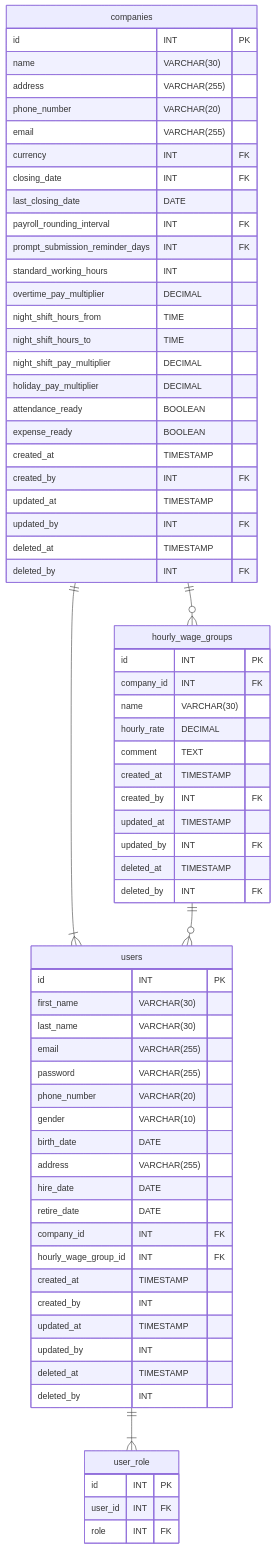
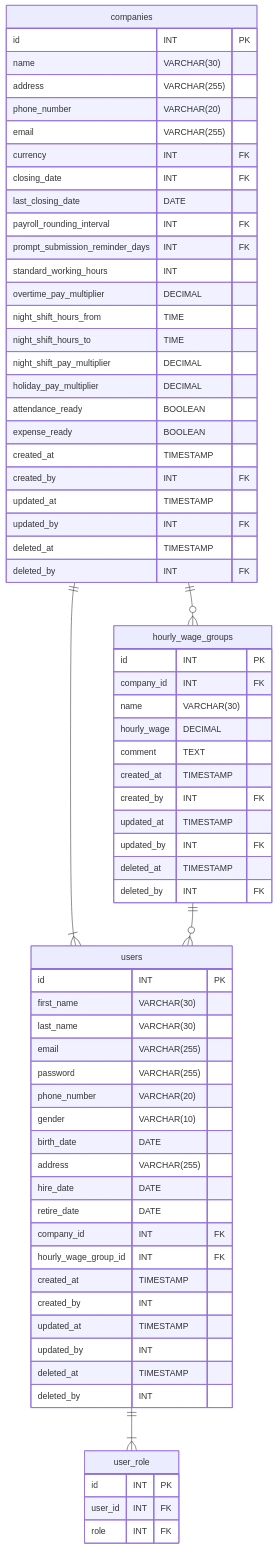
The third of 5 diagrams in Documents/Database Design/Entity-RelationshipDiagrams.md (reo00ngee/attendance), drawn with Mermaid before and after one commit. The commit also changed other lines of this file and 1 other file, not shown here.

Commit message:
rate->wage

````diff
--- a/Documents/Database Design/Entity-RelationshipDiagrams.md
+++ b/Documents/Database Design/Entity-RelationshipDiagrams.md
@@ -255,78 +255,78 @@
 ```mermaid
 
 erDiagram
   companies ||--|{ users: ""
   companies ||--o{ hourly_wage_groups: ""
   hourly_wage_groups ||--o{ users: ""
   users ||--|{ user_role: ""
 
   users{
     id INT PK
     first_name VARCHAR(30) 
     last_name VARCHAR(30) 
     email VARCHAR(255) 
     password VARCHAR(255) 
     phone_number VARCHAR(20) 
     gender VARCHAR(10) 
     birth_date DATE
     address VARCHAR(255)
     hire_date DATE
     retire_date DATE
     company_id INT FK
     hourly_wage_group_id INT FK
     created_at TIMESTAMP
     created_by INT
     updated_at TIMESTAMP
     updated_by INT
     deleted_at TIMESTAMP
     deleted_by INT 
   }
 
   user_role{
     id INT PK
     user_id INT FK
     role INT FK
   }
 
   hourly_wage_groups{
     id INT PK
     company_id INT FK
     name VARCHAR(30)
-    hourly_rate DECIMAL
+    hourly_wage DECIMAL
     comment TEXT
     created_at TIMESTAMP
     created_by INT FK
     updated_at TIMESTAMP
     updated_by INT FK
     deleted_at TIMESTAMP
     deleted_by INT FK
   }
 
   companies{
     id INT PK
     name VARCHAR(30)
     address VARCHAR(255)
     phone_number VARCHAR(20)
     email VARCHAR(255)
     currency INT FK
     closing_date INT FK
     last_closing_date DATE
     payroll_rounding_interval INT FK
     prompt_submission_reminder_days INT FK
     standard_working_hours INT
     overtime_pay_multiplier DECIMAL
     night_shift_hours_from TIME
     night_shift_hours_to TIME
     night_shift_pay_multiplier DECIMAL
     holiday_pay_multiplier DECIMAL
     attendance_ready BOOLEAN
     expense_ready BOOLEAN
     created_at TIMESTAMP
     created_by INT FK
     updated_at TIMESTAMP
     updated_by INT FK
     deleted_at TIMESTAMP
     deleted_by INT FK
   }
 
 ```
````
